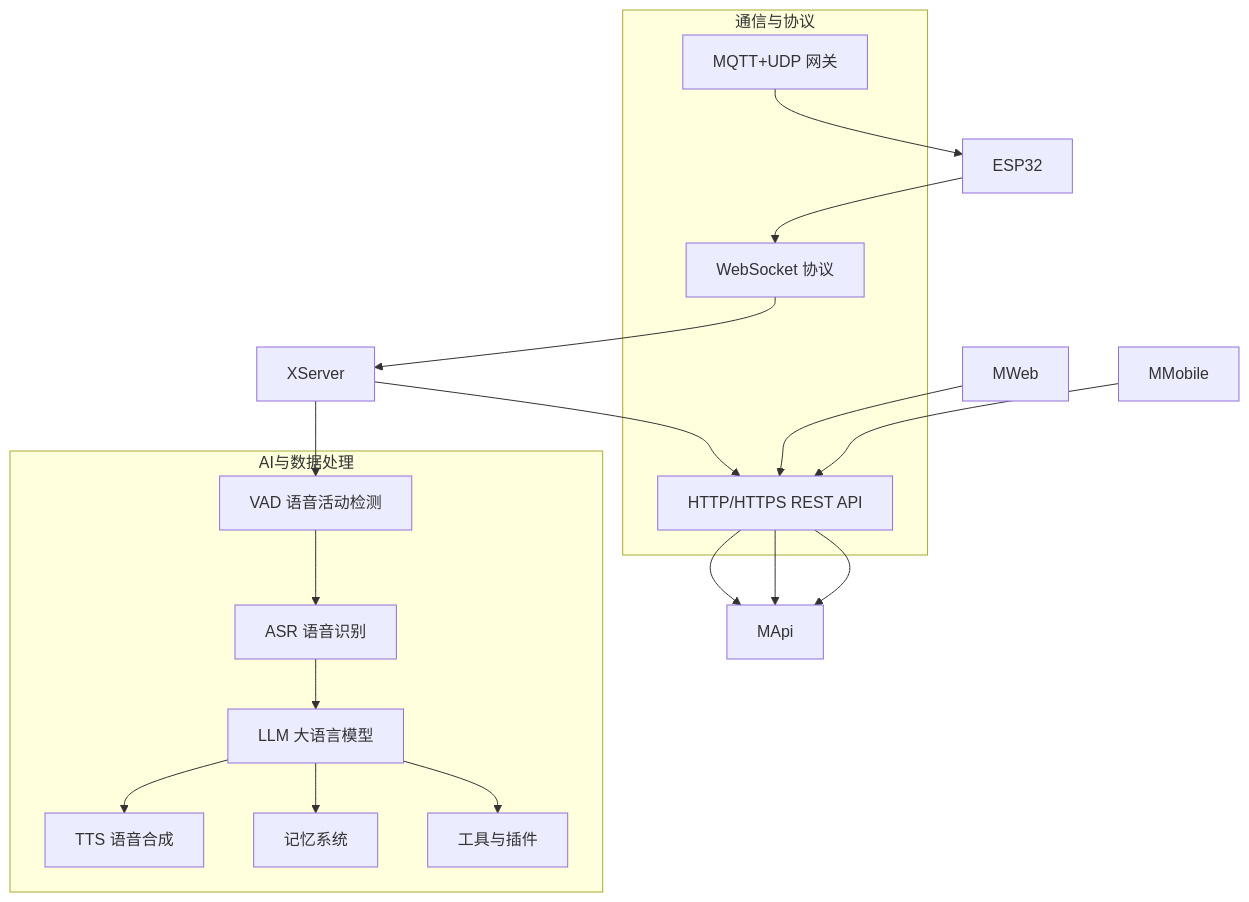
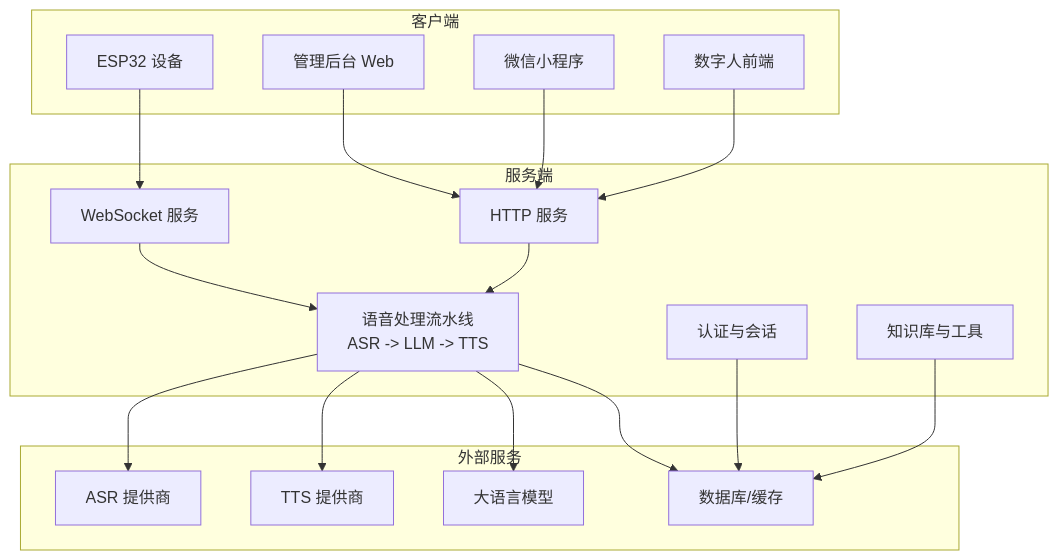
Before and after one commit to haixinke/xiaozhi-esp32-server: the first of 4 diagrams in .qoder/repowiki/zh/content/项目概述/项目介绍.md, drawn with Mermaid. The commit also changed other lines of this file and 557 other files, not shown here.

````diff
--- a/.qoder/repowiki/zh/content/项目概述/项目介绍.md
+++ b/.qoder/repowiki/zh/content/项目概述/项目介绍.md
@@ -82,24 +78,34 @@
 ```mermaid
 graph TB
-subgraph "通信与协议"
-WS["WebSocket 协议"]
-HTTP["HTTP/HTTPS REST API"]
-MQTT["MQTT+UDP 网关"]
+subgraph "客户端"
+ESP["ESP32 设备"]
+WEB["管理后台 Web"]
+MINI["微信小程序"]
+DIGITAL["数字人前端"]
 end
-subgraph "AI与数据处理"
-VAD["VAD 语音活动检测"]
-ASR["ASR 语音识别"]
-LLM["LLM 大语言模型"]
-TTS["TTS 语音合成"]
-MEM["记忆系统"]
-TOOL["工具与插件"]
+subgraph "服务端"
+WS["WebSocket 服务"]
+HTTP["HTTP 服务"]
+PIPE["语音处理流水线<br/>ASR -> LLM -> TTS"]
+AUTH["认证与会话"]
+KB["知识库与工具"]
 end
-ESP32 --> WS --> XServer
-XServer --> VAD --> ASR --> LLM --> TTS
-LLM --> TOOL
-LLM --> MEM
-XServer --> HTTP --> MApi
-MWeb --> HTTP --> MApi
-MMobile --> HTTP --> MApi
-MQTT --> ESP32
+subgraph "外部服务"
+ASR["ASR 提供商"]
+TTS["TTS 提供商"]
+LLM["大语言模型"]
+DB["数据库/缓存"]
+end
+ESP --> WS
+WEB --> HTTP
+MINI --> HTTP
+DIGITAL --> HTTP
+WS --> PIPE
+HTTP --> PIPE
+PIPE --> ASR
+PIPE --> LLM
+PIPE --> TTS
+PIPE --> DB
+AUTH --> DB
+KB --> DB
 ```
````
